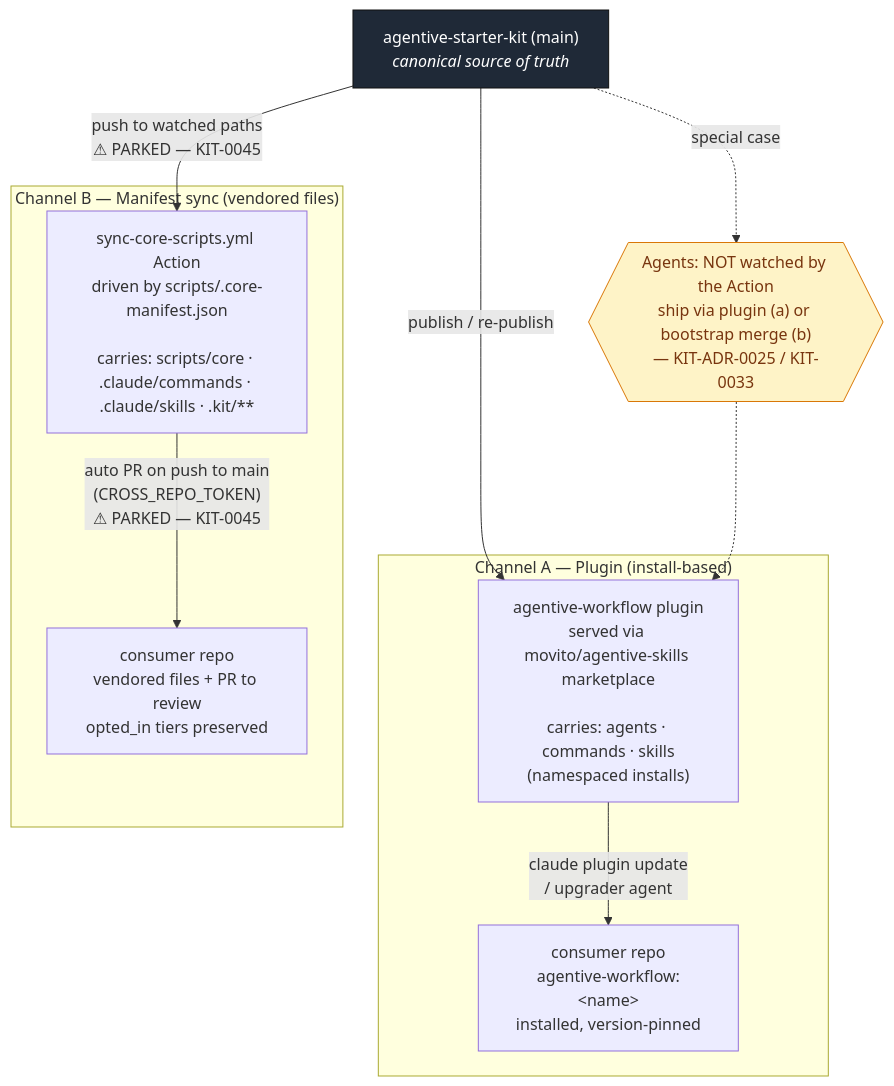
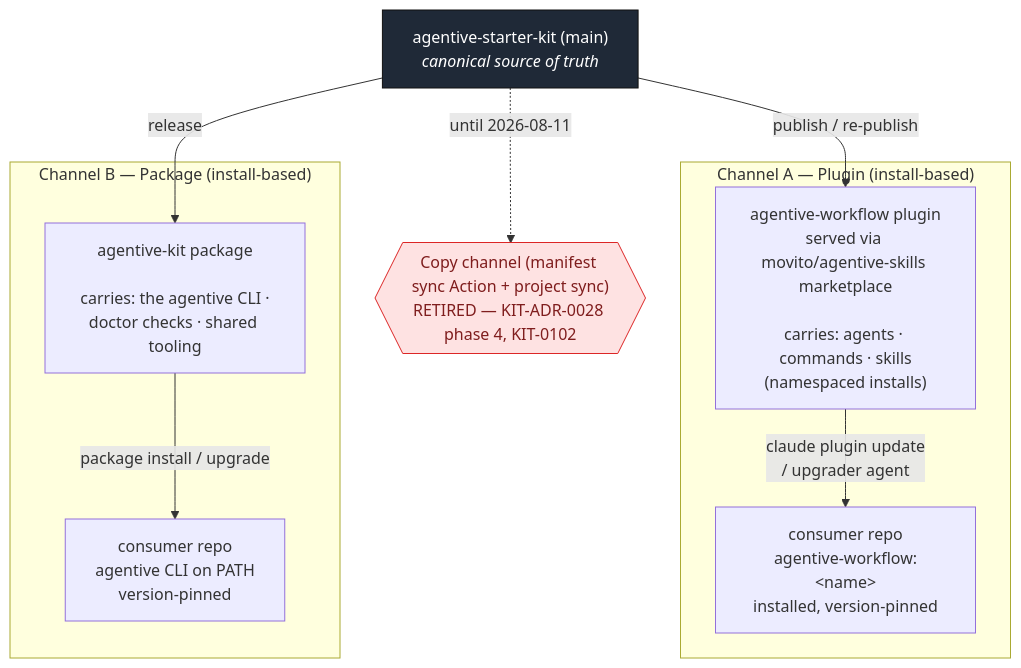
The diagram in docs/DISTRIBUTION-ARCHITECTURE.md (movito/agentive-starter-kit), drawn with Mermaid before and after one commit. The commit also changed other lines of this file and 26 other files, not shown here.

First line of the commit message:
feat(KIT-0102): retire the copy-sync machinery (ADR-0028 phase 4) (#127)

````diff
--- a/docs/DISTRIBUTION-ARCHITECTURE.md
+++ b/docs/DISTRIBUTION-ARCHITECTURE.md
@@ -57,28 +48,27 @@
 ```mermaid
 flowchart TD
     SRC["agentive-starter-kit (main)<br/><i>canonical source of truth</i>"]
 
     subgraph A["Channel A — Plugin (install-based)"]
         PLUGIN["agentive-workflow plugin<br/>served via movito/agentive-skills marketplace<br/><br/>carries: agents · commands · skills<br/>(namespaced installs)"]
         CONSA["consumer repo<br/>agentive-workflow:&lt;name&gt;<br/>installed, version-pinned"]
         PLUGIN -->|"claude plugin update<br/>/ upgrader agent"| CONSA
     end
 
-    subgraph B["Channel B — Manifest sync (vendored files)"]
-        ACT["sync-core-scripts.yml Action<br/>driven by scripts/.core-manifest.json<br/><br/>carries: scripts/core · .claude/commands · .claude/skills · .kit/**"]
-        CONSB["consumer repo<br/>vendored files + PR to review<br/>opted_in tiers preserved"]
-        ACT -->|"auto PR on push to main<br/>(CROSS_REPO_TOKEN)<br/>⚠ PARKED — KIT-0045"| CONSB
+    subgraph B["Channel B — Package (install-based)"]
+        PKG["agentive-kit package<br/><br/>carries: the agentive CLI ·<br/>doctor checks · shared tooling"]
+        CONSB["consumer repo<br/>agentive CLI on PATH<br/>version-pinned"]
+        PKG -->|"package install / upgrade"| CONSB
     end
 
     SRC -->|"publish / re-publish"| PLUGIN
-    SRC -->|"push to watched paths<br/>⚠ PARKED — KIT-0045"| ACT
+    SRC -->|"release"| PKG
 
-    AGENTS{{"Agents: NOT watched by the Action<br/>ship via plugin (a) or bootstrap merge (b)<br/>— KIT-ADR-0025 / KIT-0033"}}
-    SRC -.->|"special case"| AGENTS
-    AGENTS -.-> PLUGIN
+    OLD{{"Copy channel (manifest sync Action + project sync)<br/>RETIRED — KIT-ADR-0028 phase 4, KIT-0102"}}
+    SRC -.->|"until 2026-08-11"| OLD
 
     classDef src fill:#1f2937,color:#fff,stroke:#111;
-    classDef note fill:#fef3c7,color:#78350f,stroke:#d97706;
+    classDef note fill:#fee2e2,color:#7f1d1d,stroke:#dc2626;
     class SRC src;
-    class AGENTS note;
+    class OLD note;
 ```
````
